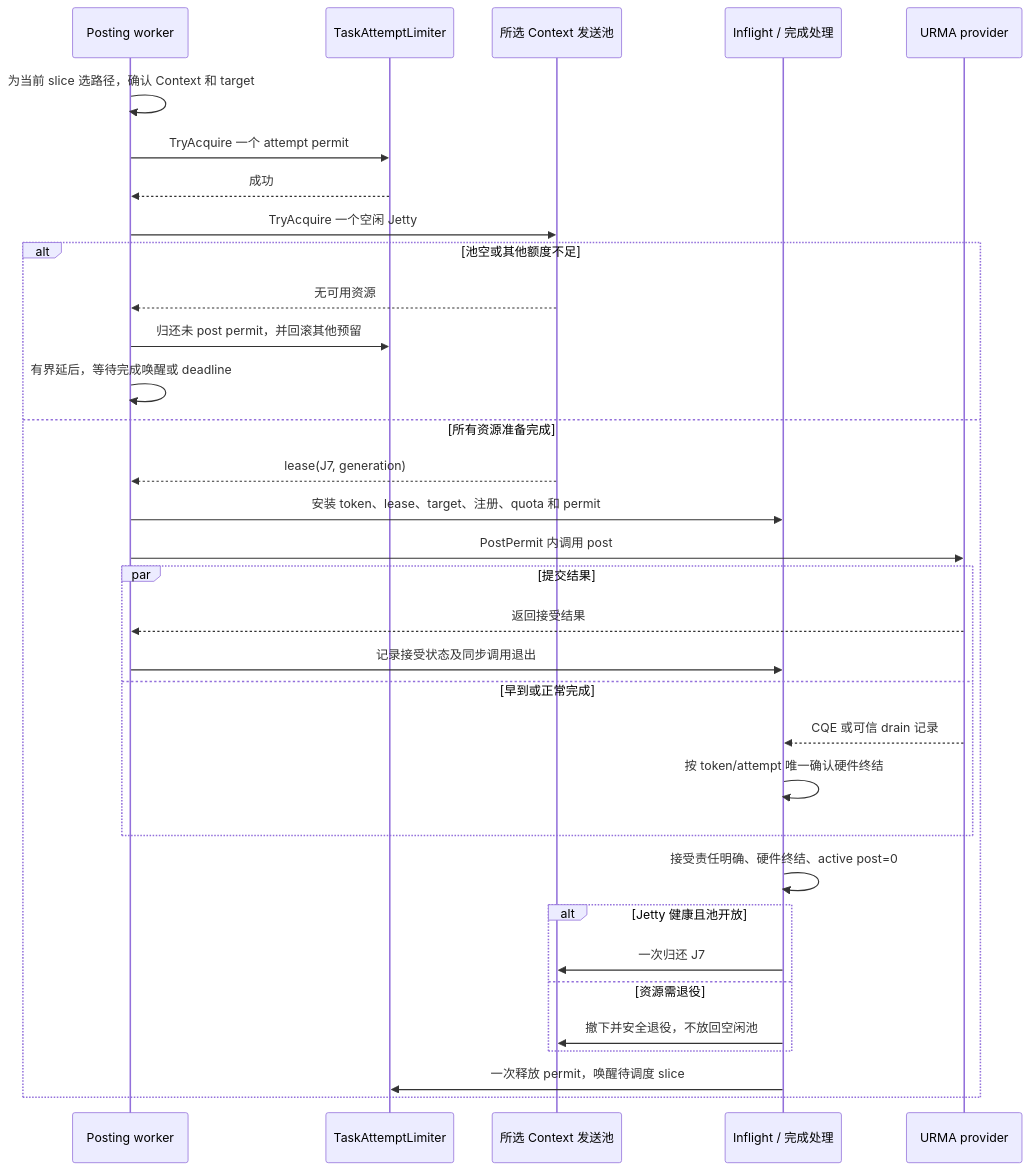
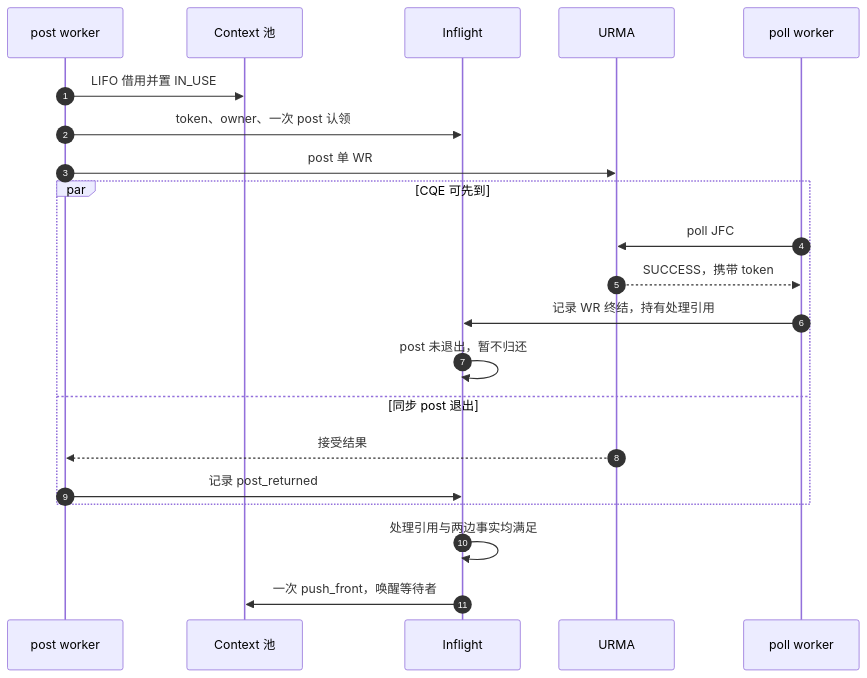
One commit to HangCong126/Supercache changed the third of 8 diagrams in docs/analyze/tent-ub-rm-jetty-pool-design.md. Above: the diagram before and after it, drawn with Mermaid. The commit also changed other lines of this file and 2 other files, not shown here.

Commit message:
[Doc] Redesign TENT RM Jetty pools and thread lifecycle

````diff
--- a/docs/analyze/tent-ub-rm-jetty-pool-design.md
+++ b/docs/analyze/tent-ub-rm-jetty-pool-design.md
@@ -169,35 +289,23 @@
 ```mermaid
 sequenceDiagram
-    participant W as Posting worker
-    participant T as TaskAttemptLimiter
-    participant P as 所选 Context 发送池
-    participant I as Inflight / 完成处理
-    participant U as URMA provider
-    W->>W: 为当前 slice 选路径，确认 Context 和 target
-    W->>T: TryAcquire 一个 attempt permit
-    T-->>W: 成功
-    W->>P: TryAcquire 一个空闲 Jetty
-    alt 池空或其他额度不足
-        P-->>W: 无可用资源
-        W->>T: 归还未 post permit，并回滚其他预留
-        W->>W: 有界延后，等待完成唤醒或 deadline
-    else 所有资源准备完成
-        P-->>W: lease(J7, generation)
-        W->>I: 安装 token、lease、target、注册、quota 和 permit
-        W->>U: PostPermit 内调用 post
-        par 提交结果
-            U-->>W: 返回接受结果
-            W->>I: 记录接受状态及同步调用退出
-        and 早到或正常完成
-            U-->>I: CQE 或可信 drain 记录
-            I->>I: 按 token/attempt 唯一确认硬件终结
-        end
-        I->>I: 接受责任明确、硬件终结、active post=0
-        alt Jetty 健康且池开放
-            I->>P: 一次归还 J7
-        else 资源需退役
-            I->>P: 撤下并安全退役，不放回空闲池
-        end
-        I->>T: 一次释放 permit，唤醒待调度 slice
+    autonumber
+    participant W as post worker
+    participant P as Context 池
+    participant I as Inflight
+    participant U as URMA
+    participant C as poll worker
+    W->>P: LIFO 借用并置 IN_USE
+    W->>I: token、owner、一次 post 认领
+    W->>U: post 单 WR
+    par CQE 可先到
+        C->>U: poll JFC
+        U-->>C: SUCCESS，携带 token
+        C->>I: 记录 WR 终结，持有处理引用
+        I->>I: post 未退出，暂不归还
+    and 同步 post 退出
+        U-->>W: 接受结果
+        W->>I: 记录 post_returned
     end
+    I->>I: 处理引用与两边事实均满足
+    I->>P: 一次 push_front，唤醒等待者
 ```
````
